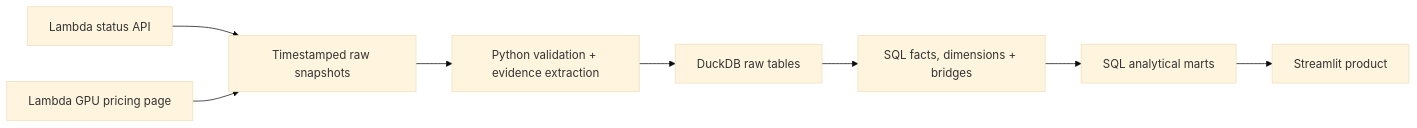
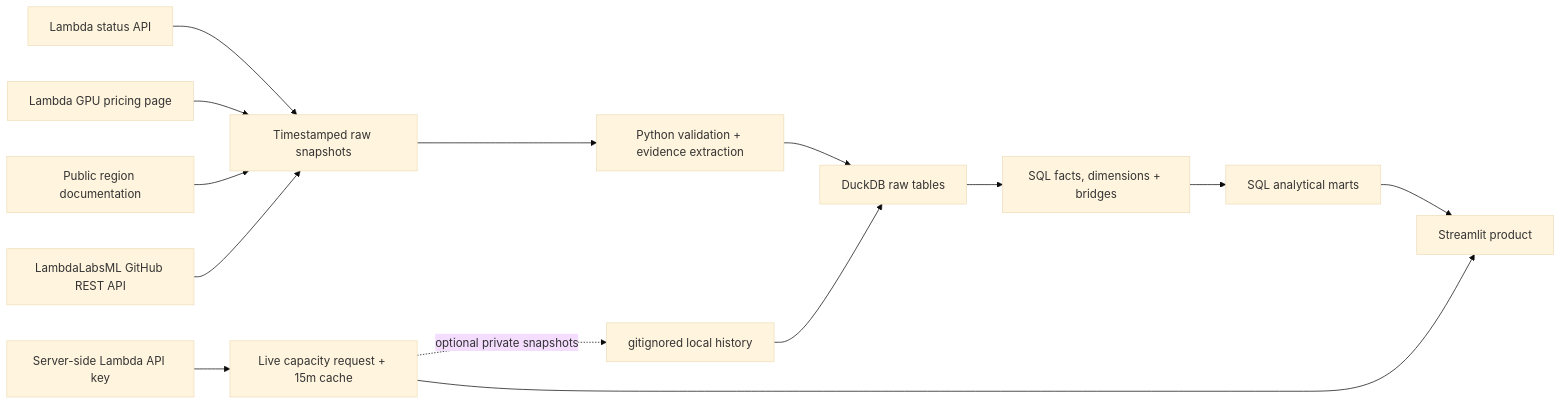
The diagram in README.md (nhermanhaus-cell/cloudops-lens), drawn with Mermaid (base theme) before and after one commit. The commit also changed other lines of this file and 29 other files, not shown here.

````diff
--- a/README.md
+++ b/README.md
@@ -45,10 +63,16 @@
 ```mermaid
 flowchart LR
     A["Lambda status API"] --> C["Timestamped raw snapshots"]
     B["Lambda GPU pricing page"] --> C
+    R["Public region documentation"] --> C
+    O["LambdaLabsML GitHub REST API"] --> C
     C --> D["Python validation + evidence extraction"]
     D --> E["DuckDB raw tables"]
     E --> F["SQL facts, dimensions + bridges"]
     F --> G["SQL analytical marts"]
     G --> H["Streamlit product"]
+    K["Server-side Lambda API key"] --> L["Live capacity request + 15m cache"]
+    L --> H
+    L -. "optional private snapshots" .-> P["gitignored local history"]
+    P --> E
 ```
````
